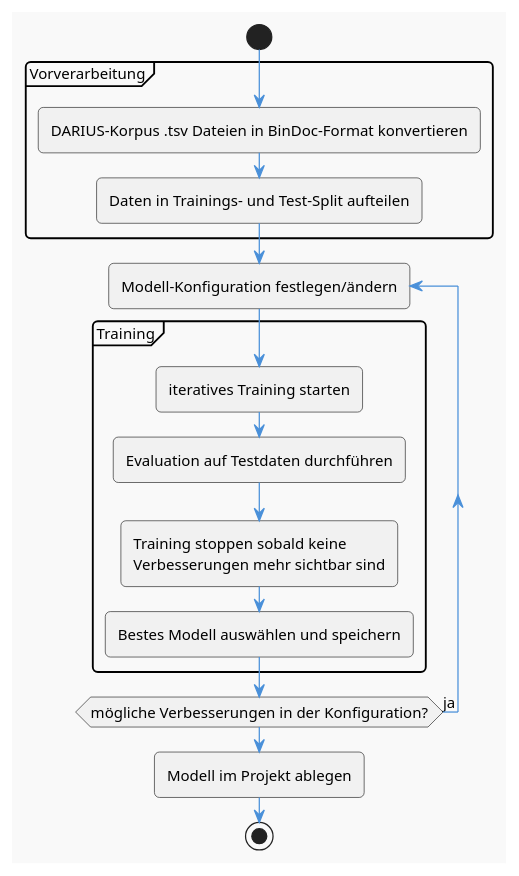
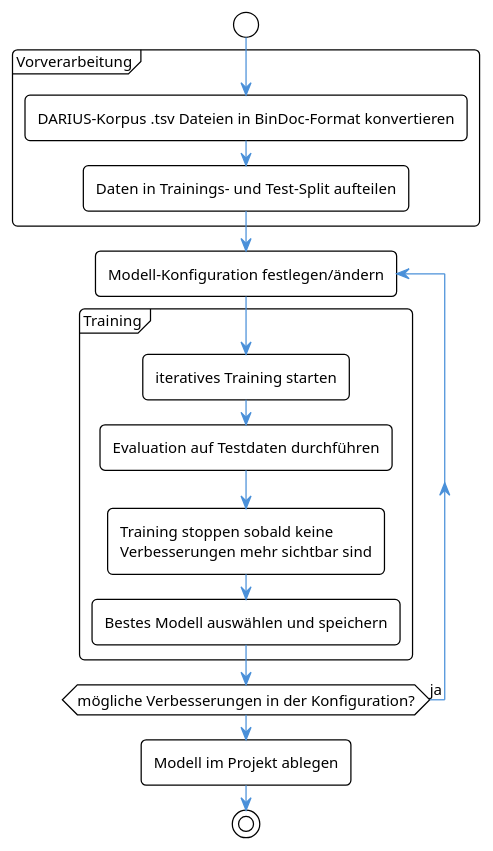
One commit to felixdrescher/german_am_modell changed the diagram in documentation/model/act-training.plantuml. Above: the diagram before and after it, drawn with PlantUML. The commit also changed 19 other files, not shown here.

Commit message:
finalizes documentation (uml wise)

```diff
--- a/documentation/model/act-training.plantuml
+++ b/documentation/model/act-training.plantuml
@@ -1,38 +1,38 @@
 @startuml Activity Diagram: Modell-Trainings-Workflow
-!theme mars
+!theme plain
 
 skinparam defaultFontName Arial
 skinparam defaultFontSize 12
 skinparam roundcorner 8
 
 skinparam arrow {
     Color #4A90D9
 }
 
 start
 
 partition "Vorverarbeitung" {
 
     :DARIUS-Korpus .tsv Dateien in BinDoc-Format konvertieren;
     :Daten in Trainings- und Test-Split aufteilen;
 }
 
 repeat :Modell-Konfiguration festlegen/ändern;
 
     partition "Training" {
     
         :iteratives Training starten;
         :Evaluation auf Testdaten durchführen;
         :Training stoppen sobald keine 
         Verbesserungen mehr sichtbar sind;
         :Bestes Modell auswählen und speichern;
     
     }
 
 repeat while (mögliche Verbesserungen in der Konfiguration?) is (ja)
 
 :Modell im Projekt ablegen;
 
 stop
 
 @enduml
```
